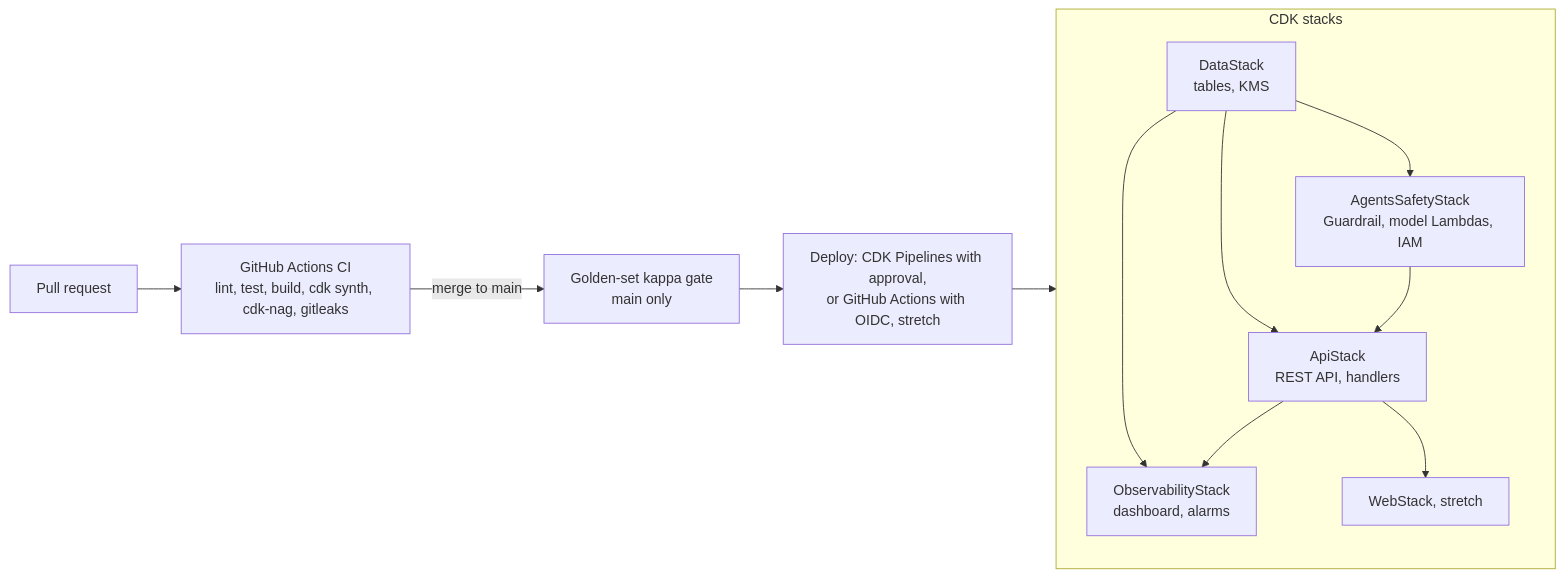
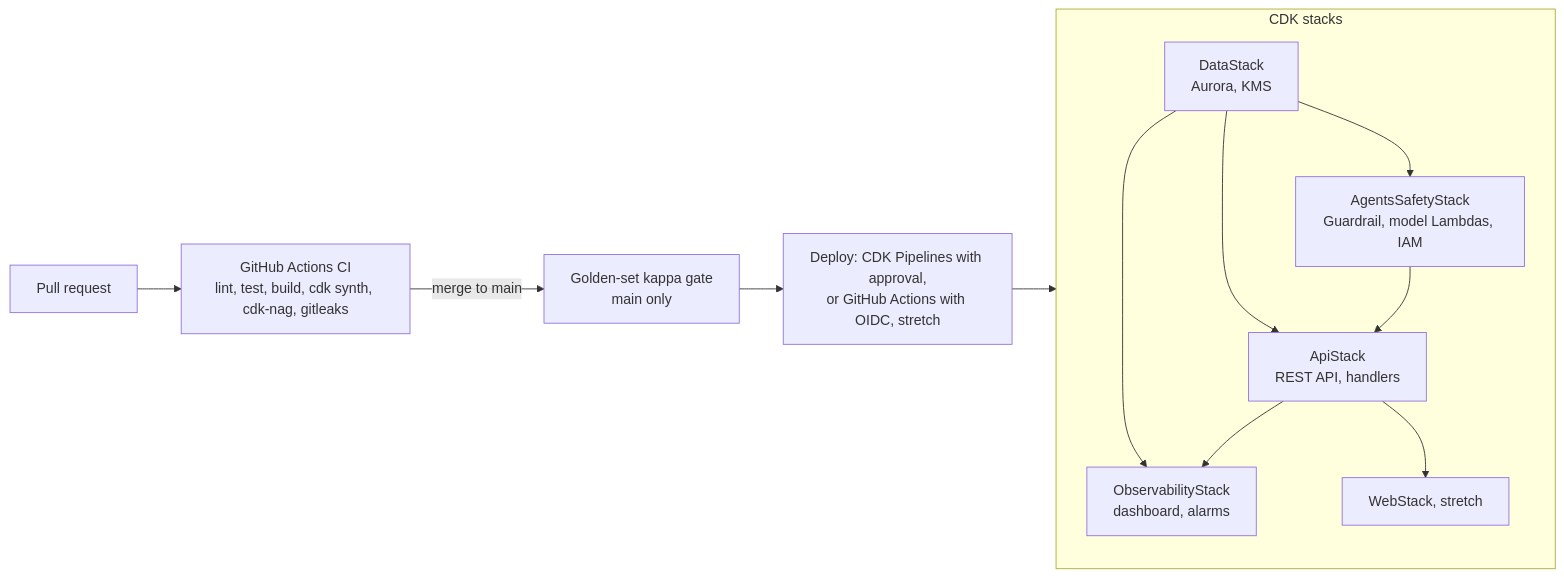
One commit to naren-chakraview/breaking-barriers-team-10-codai changed diagram 12 of 14 in docs/architecture/architecture.md. Above: the diagram before and after it, drawn with Mermaid. The commit also changed other lines of this file and 19 other files, not shown here.

Commit message:
Add Aurora DataStack (CDK) and Python store adapters; rewrite 2.9/2.11 and data model for Aurora (ADR-016)

````diff
--- a/docs/architecture/architecture.md
+++ b/docs/architecture/architecture.md
@@ -714,15 +727,15 @@
 ```mermaid
 flowchart LR
   subgraph Stacks["CDK stacks"]
-    D["DataStack<br/>tables, KMS"] --> AS["AgentsSafetyStack<br/>Guardrail, model Lambdas, IAM"]
+    D["DataStack<br/>Aurora, KMS"] --> AS["AgentsSafetyStack<br/>Guardrail, model Lambdas, IAM"]
     D --> API["ApiStack<br/>REST API, handlers"]
     AS --> API
     D --> OBS["ObservabilityStack<br/>dashboard, alarms"]
     API --> OBS
     API --> WEB["WebStack, stretch"]
   end
   PR["Pull request"] --> CI["GitHub Actions CI<br/>lint, test, build, cdk synth, cdk-nag, gitleaks"]
   CI -- "merge to main" --> GATE["Golden-set kappa gate<br/>main only"]
   GATE --> DEP["Deploy: CDK Pipelines with approval,<br/>or GitHub Actions with OIDC, stretch"]
   DEP --> Stacks
 ```
````
